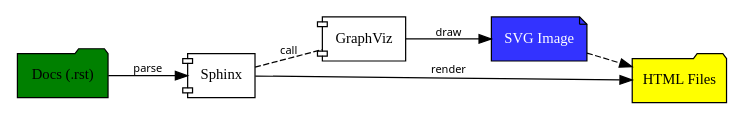
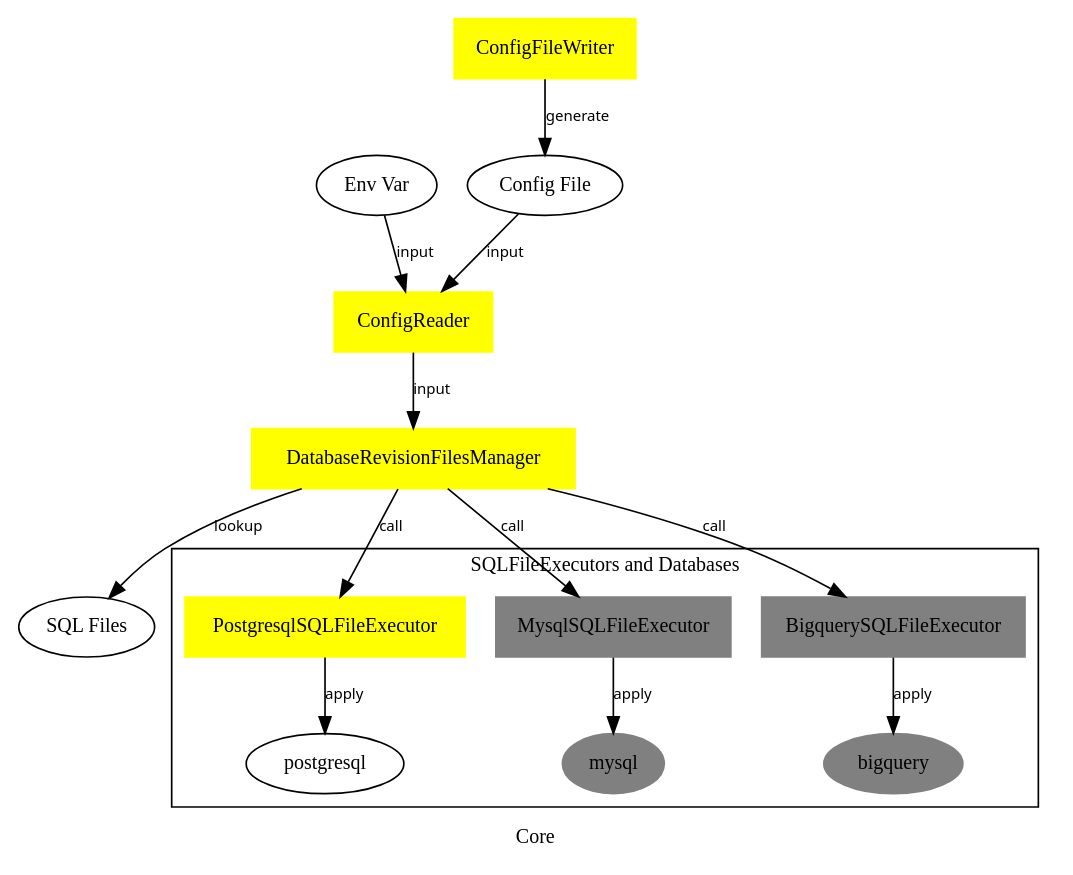
The second of 2 diagrams in docs/design.rst (kenho811/Python_Database_Version_Control), drawn with Graphviz before and after one commit. The commit also changed other lines of this file and 3 other files, not shown here.

```diff
--- a/docs/design.rst
+++ b/docs/design.rst
@@ -39,32 +38,43 @@
 .. graphviz::
-    :name: sphinx.ext.graphviz
-    :caption: Sphinx and GraphViz Data Flow
-    :alt: How Sphinx and GraphViz Render the Final Document
-    :align: center
+   :name: Database Verion Control Core Structure
+   :caption: DVC Core structure
+   :align: center
 
-     digraph "sphinx-ext-graphviz" {
-         size="6,4";
-         rankdir="LR";
-         graph [fontname="Verdana", fontsize="12"];
-         node [fontname="Verdana", fontsize="12"];
-         edge [fontname="Sans", fontsize="9"];
 
-         sphinx [label="Sphinx", shape="component",
-                   href="https://www.sphinx-doc.org/",
-                   target="_blank"];
-         dot [label="GraphViz", shape="component",
-              href="https://www.graphviz.org/",
-              target="_blank"];
-         docs [label="Docs (.rst)", shape="folder",
-               fillcolor=green, style=filled];
-         svg_file [label="SVG Image", shape="note", fontcolor=white,
-                 fillcolor="#3333ff", style=filled];
-         html_files [label="HTML Files", shape="folder",
-              fillcolor=yellow, style=filled];
+   digraph core {
+      graph [fontname="Verdana", fontsize="12"];
+      node [fontname="Verdana", fontsize="12"];
+      edge [fontname="Sans", fontsize="9"];
+      label = "Core";
 
-         docs -> sphinx [label=" parse "];
-         sphinx -> dot [label=" call ", style=dashed, arrowhead=none];
-         dot -> svg_file [label=" draw "];
-         sphinx -> html_files [label=" render "];
-         svg_file -> html_files [style=dashed];
-     }
+      env [label="Env Var"];
+      conffile [label="Config File"];
+      ConfigReader [label="ConfigReader", shape="class", color="yellow", style="filled"];
+      ConfigFileWriter [label="ConfigFileWriter", shape="class", color="yellow", style="filled"];
+      DatabaseRevisionFilesManager [label="DatabaseRevisionFilesManager", shape="class", color="yellow", style="filled"];
+      sqlfiles [label="SQL Files"];
+
+
+      subgraph cluster_0 {
+          label="SQLFileExecutors and Databases"
+
+          PostgresqlSQLFileExecutor[shape="class", color="yellow", style="filled"];
+          MysqlSQLFileExecutor[shape="class", color="grey", style="filled"];
+          BigquerySQLFileExecutor[shape="class", color="grey", style="filled"];
+          postgresql
+          mysql[color=grey, style="filled"];
+          bigquery[color=grey, style="filled"];
+
+          PostgresqlSQLFileExecutor -> postgresql[label="apply"]
+          MysqlSQLFileExecutor -> mysql[label="apply"]
+          BigquerySQLFileExecutor -> bigquery[label="apply"]
+      }
+
+      env -> ConfigReader[label="input"];
+      ConfigFileWriter -> conffile[label="generate"];
+      conffile -> ConfigReader[label="input"];
+      ConfigReader -> DatabaseRevisionFilesManager[label="input"];
+      DatabaseRevisionFilesManager -> sqlfiles[label="lookup"];
+      DatabaseRevisionFilesManager -> {PostgresqlSQLFileExecutor,MysqlSQLFileExecutor,BigquerySQLFileExecutor}[label="call"];
+
+      }
```
